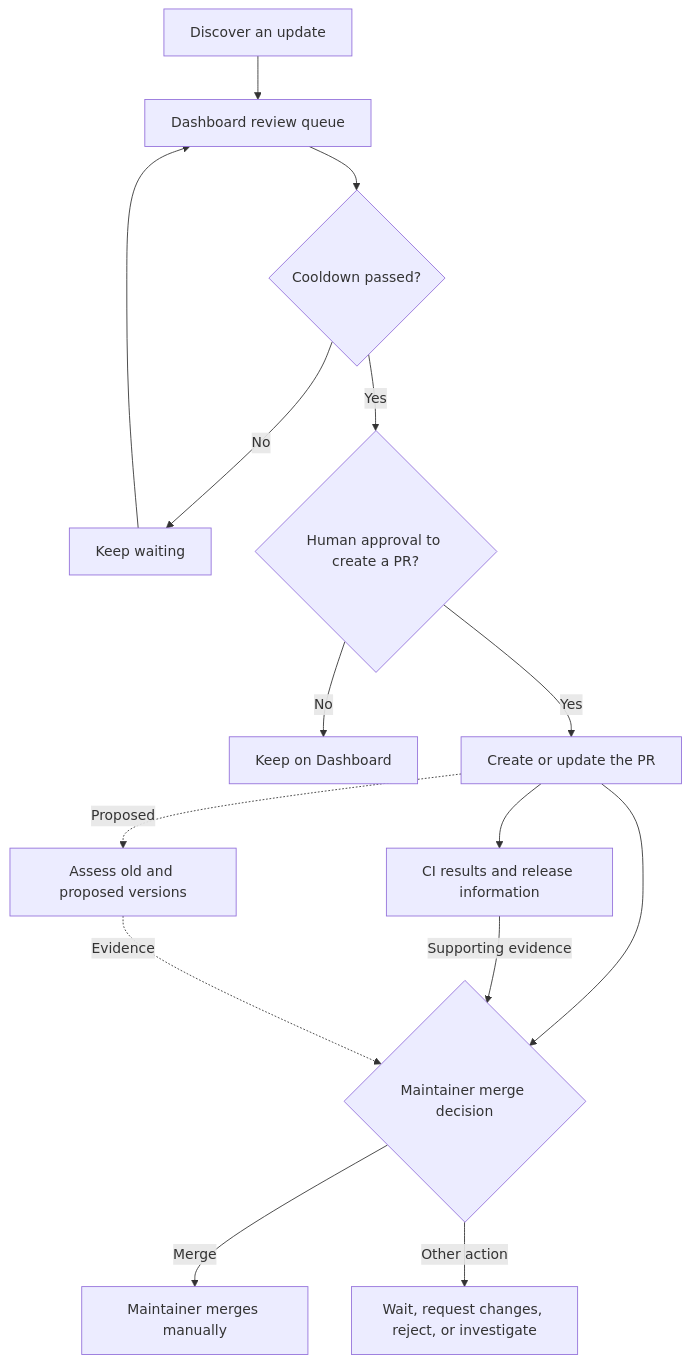
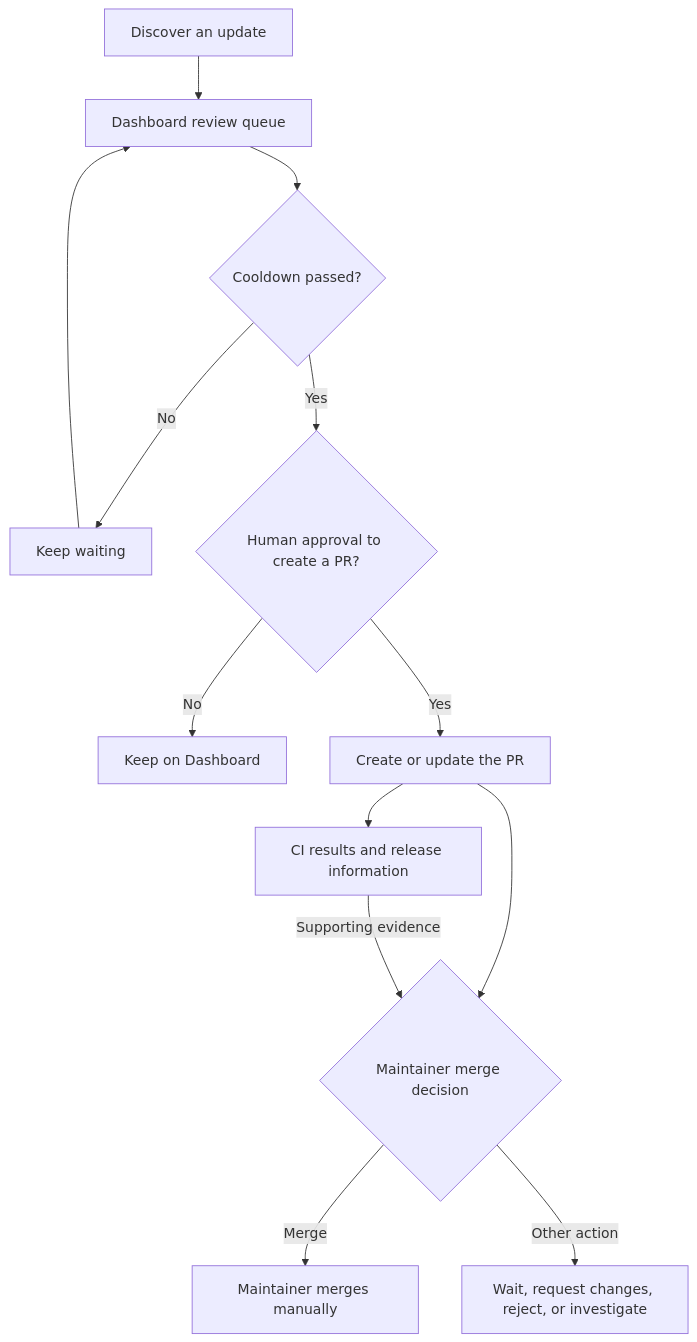
The diagram in docs/dependency-review.md (gkzz/renodash), drawn with Mermaid before and after one commit. The commit also changed other lines of this file and 2 other files, not shown here.

````diff
--- a/docs/dependency-review.md
+++ b/docs/dependency-review.md
@@ -61,17 +61,15 @@
 ```mermaid
 flowchart TD
     Discover[Discover an update] --> Dashboard[Dashboard review queue]
     Dashboard --> Age{Cooldown passed?}
     Age -->|No| Wait[Keep waiting]
     Wait --> Dashboard
     Age -->|Yes| Approval{Human approval to create a PR?}
     Approval -->|No| Hold[Keep on Dashboard]
     Approval -->|Yes| PR[Create or update the PR]
     PR --> Decision{Maintainer merge decision}
     PR --> CI[CI results and release information]
     CI -->|Supporting evidence| Decision
-    PR -. Proposed .-> Advisory[Assess old and proposed versions]
-    Advisory -. Evidence .-> Decision
     Decision -->|Merge| Merge[Maintainer merges manually]
     Decision -->|Other action| HoldPR[Wait, request changes, reject, or investigate]
 ```
````
